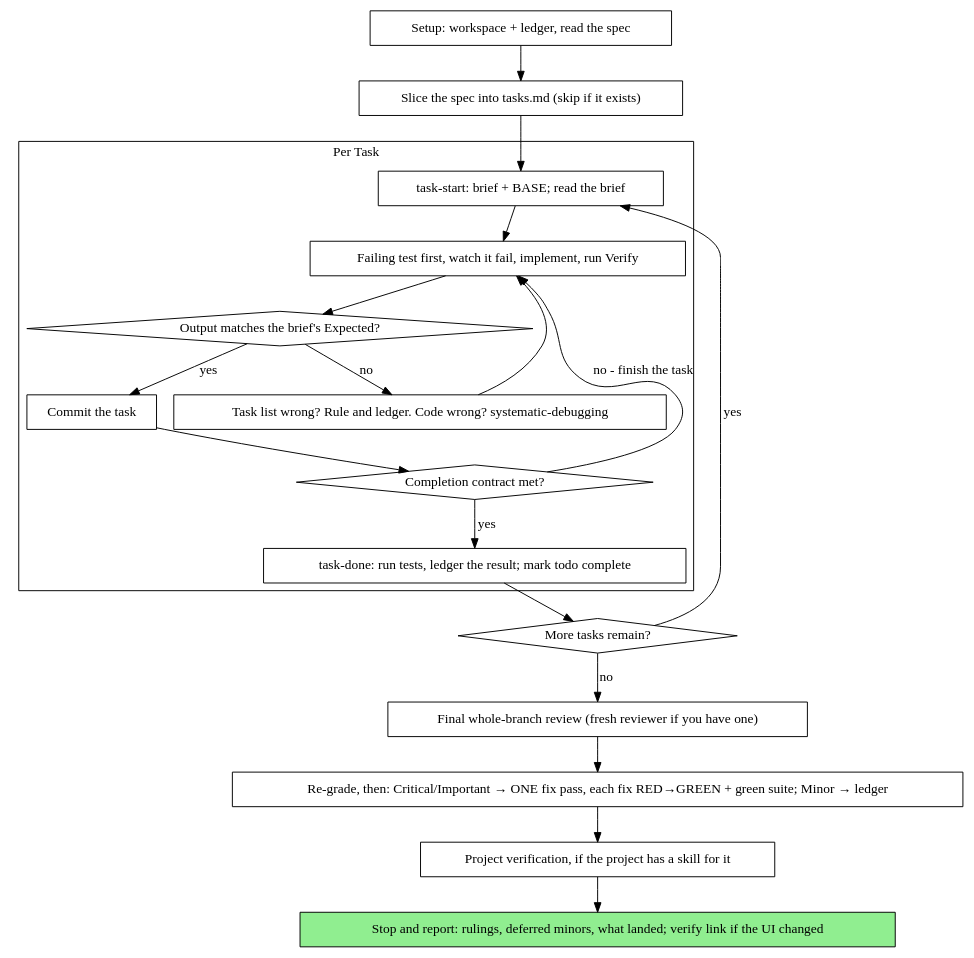
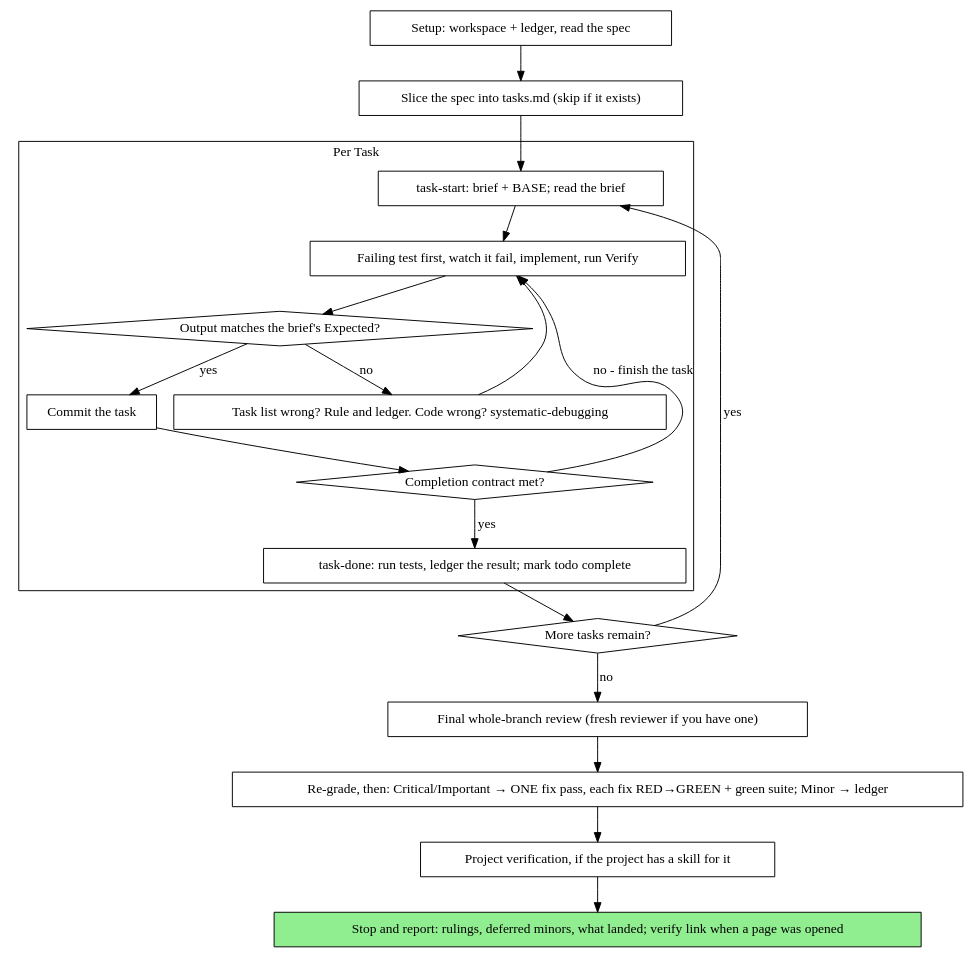
The diagram in skills/executing-specs/SKILL.md (Innei/ryugi), drawn with Graphviz before and after one commit. The commit also changed other lines of this file and 573 other files, not shown here.

````diff
--- a/skills/executing-specs/SKILL.md
+++ b/skills/executing-specs/SKILL.md
@@ -56,41 +56,41 @@
 ```dot
 digraph process {
     rankdir=TB;
 
     subgraph cluster_per_task {
         label="Per Task";
         "task-start: brief + BASE; read the brief" [shape=box];
         "Failing test first, watch it fail, implement, run Verify" [shape=box];
         "Output matches the brief's Expected?" [shape=diamond];
         "Task list wrong? Rule and ledger. Code wrong? systematic-debugging" [shape=box];
         "Commit the task" [shape=box];
         "Completion contract met?" [shape=diamond];
         "task-done: run tests, ledger the result; mark todo complete" [shape=box];
     }
 
     "Setup: workspace + ledger, read the spec" [shape=box];
     "Slice the spec into tasks.md (skip if it exists)" [shape=box];
     "More tasks remain?" [shape=diamond];
     "Final whole-branch review (fresh reviewer if you have one)" [shape=box];
     "Re-grade, then: Critical/Important → ONE fix pass, each fix RED→GREEN + green suite; Minor → ledger" [shape=box];
     "Project verification, if the project has a skill for it" [shape=box];
-    "Stop and report: rulings, deferred minors, what landed; verify link if the UI changed" [shape=box style=filled fillcolor=lightgreen];
+    "Stop and report: rulings, deferred minors, what landed; verify link when a page was opened" [shape=box style=filled fillcolor=lightgreen];
 
     "Setup: workspace + ledger, read the spec" -> "Slice the spec into tasks.md (skip if it exists)";
     "Slice the spec into tasks.md (skip if it exists)" -> "task-start: brief + BASE; read the brief";
     "task-start: brief + BASE; read the brief" -> "Failing test first, watch it fail, implement, run Verify";
     "Failing test first, watch it fail, implement, run Verify" -> "Output matches the brief's Expected?";
     "Output matches the brief's Expected?" -> "Task list wrong? Rule and ledger. Code wrong? systematic-debugging" [label="no"];
     "Task list wrong? Rule and ledger. Code wrong? systematic-debugging" -> "Failing test first, watch it fail, implement, run Verify";
     "Output matches the brief's Expected?" -> "Commit the task" [label="yes"];
     "Commit the task" -> "Completion contract met?";
     "Completion contract met?" -> "Failing test first, watch it fail, implement, run Verify" [label="no - finish the task"];
     "Completion contract met?" -> "task-done: run tests, ledger the result; mark todo complete" [label="yes"];
     "task-done: run tests, ledger the result; mark todo complete" -> "More tasks remain?";
     "More tasks remain?" -> "task-start: brief + BASE; read the brief" [label="yes"];
     "More tasks remain?" -> "Final whole-branch review (fresh reviewer if you have one)" [label="no"];
     "Final whole-branch review (fresh reviewer if you have one)" -> "Re-grade, then: Critical/Important → ONE fix pass, each fix RED→GREEN + green suite; Minor → ledger";
     "Re-grade, then: Critical/Important → ONE fix pass, each fix RED→GREEN + green suite; Minor → ledger" -> "Project verification, if the project has a skill for it";
-    "Project verification, if the project has a skill for it" -> "Stop and report: rulings, deferred minors, what landed; verify link if the UI changed";
+    "Project verification, if the project has a skill for it" -> "Stop and report: rulings, deferred minors, what landed; verify link when a page was opened";
 }
 ```
````
